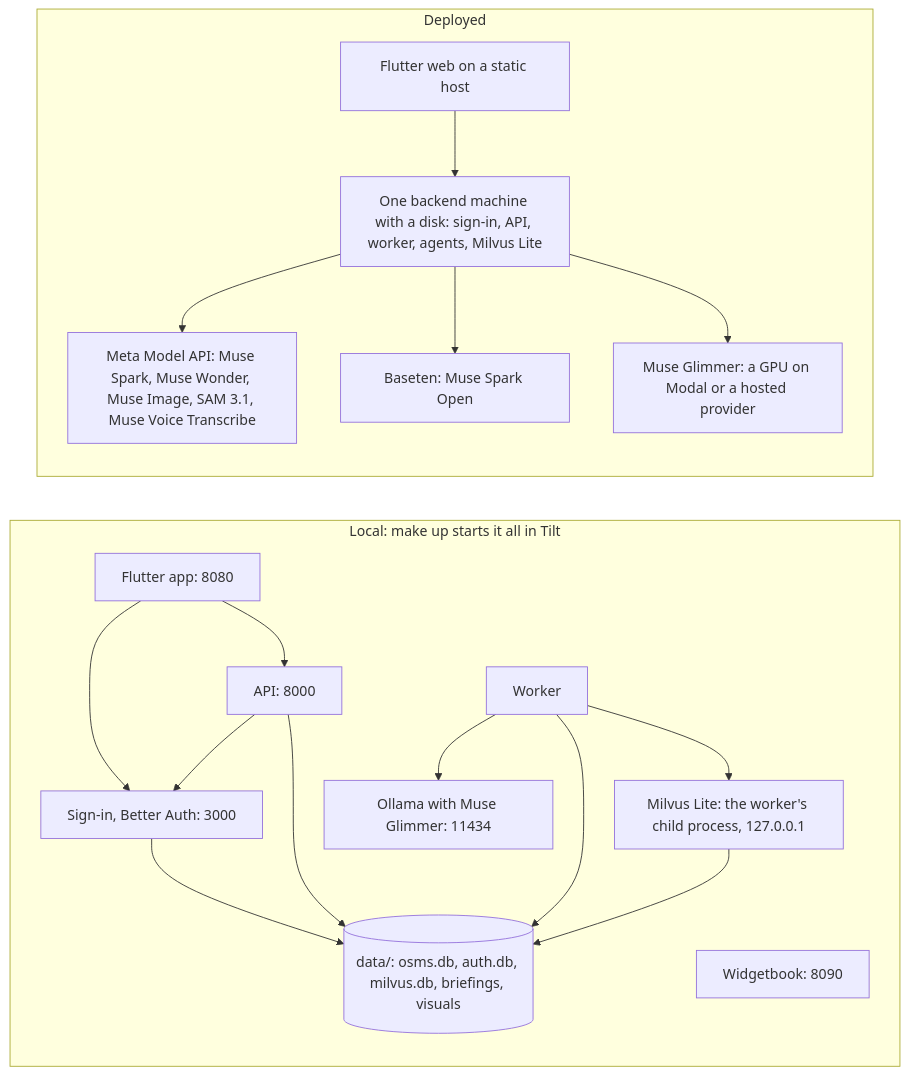
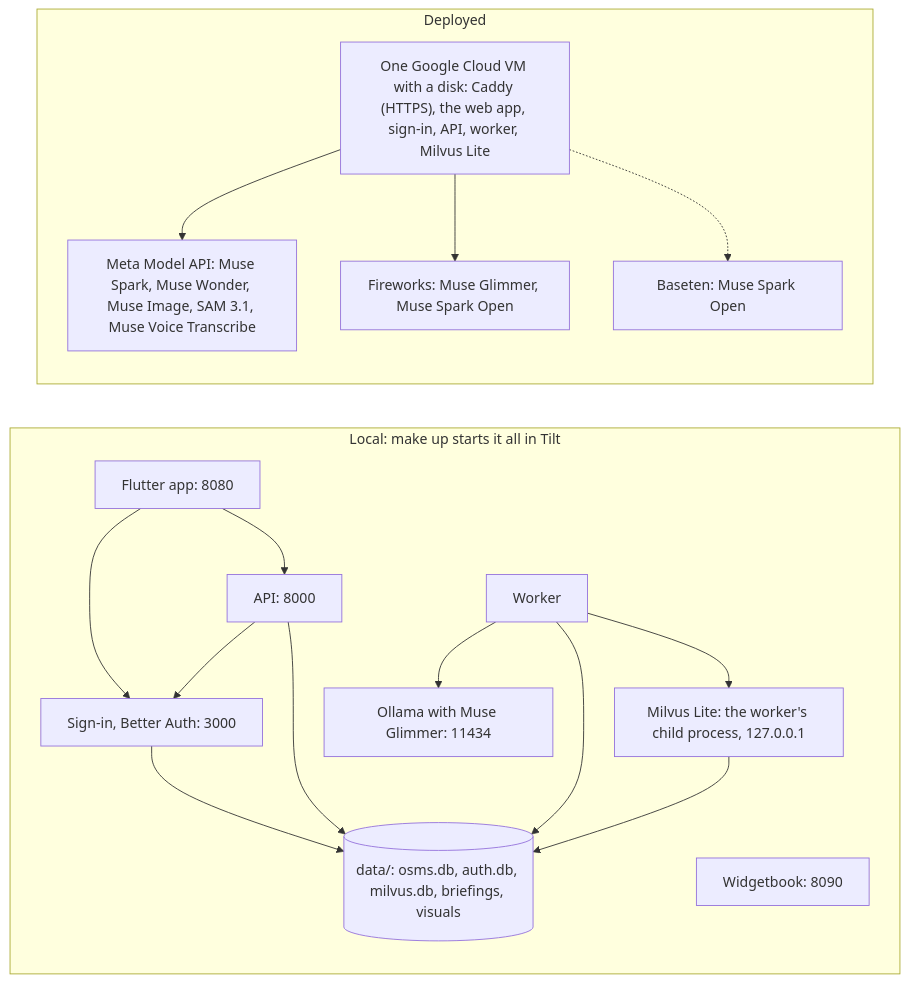
One commit to ThivaV/OSMS changed the eighth of 8 diagrams in docs/architecture.md. Above: the diagram before and after it, drawn with Mermaid. The commit also changed other lines of this file and 27 other files, not shown here.

First line of the commit message:
feat: deploy to Google Cloud with CI/CD

````diff
--- a/docs/architecture.md
+++ b/docs/architecture.md
@@ -596,35 +596,33 @@
 ```mermaid
 flowchart LR
     subgraph laptop["Local: make up starts it all in Tilt"]
         l_app["Flutter app: 8080"]
         l_auth["Sign-in, Better Auth: 3000"]
         l_wb["Widgetbook: 8090"]
         l_api["API: 8000"]
         l_worker["Worker"]
         l_milvus["Milvus Lite: the worker's child process, 127.0.0.1"]
         l_glimmer["Ollama with Muse Glimmer: 11434"]
         l_data[("data/: osms.db, auth.db, milvus.db, briefings, visuals")]
     end
 
     subgraph cloud["Deployed"]
-        web["Flutter web on a static host"]
-        box["One backend machine with a disk: sign-in, API, worker, agents, Milvus Lite"]
+        box["One Google Cloud VM with a disk: Caddy (HTTPS), the web app, sign-in, API, worker, Milvus Lite"]
         meta["Meta Model API: Muse Spark, Muse Wonder, Muse Image, SAM 3.1, Muse Voice Transcribe"]
         baseten["Baseten: Muse Spark Open"]
-        glimmer["Muse Glimmer: a GPU on Modal or a hosted provider"]
+        fireworks["Fireworks: Muse Glimmer, Muse Spark Open"]
     end
 
     l_app --> l_auth
     l_app --> l_api
     l_auth --> l_data
     l_api --> l_auth
     l_api --> l_data
     l_worker --> l_data
     l_worker --> l_milvus
     l_worker --> l_glimmer
     l_milvus --> l_data
-    web --> box
     box --> meta
-    box --> baseten
-    box --> glimmer
+    box --> fireworks
+    box -.-> baseten
 ```
````
